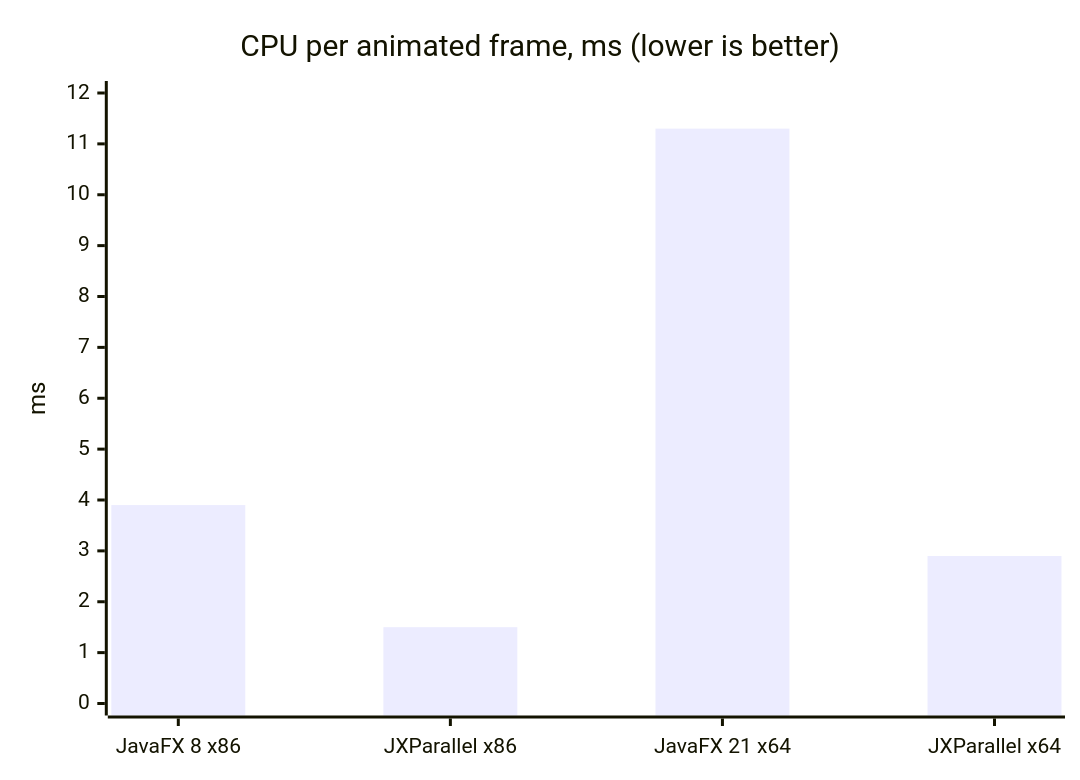
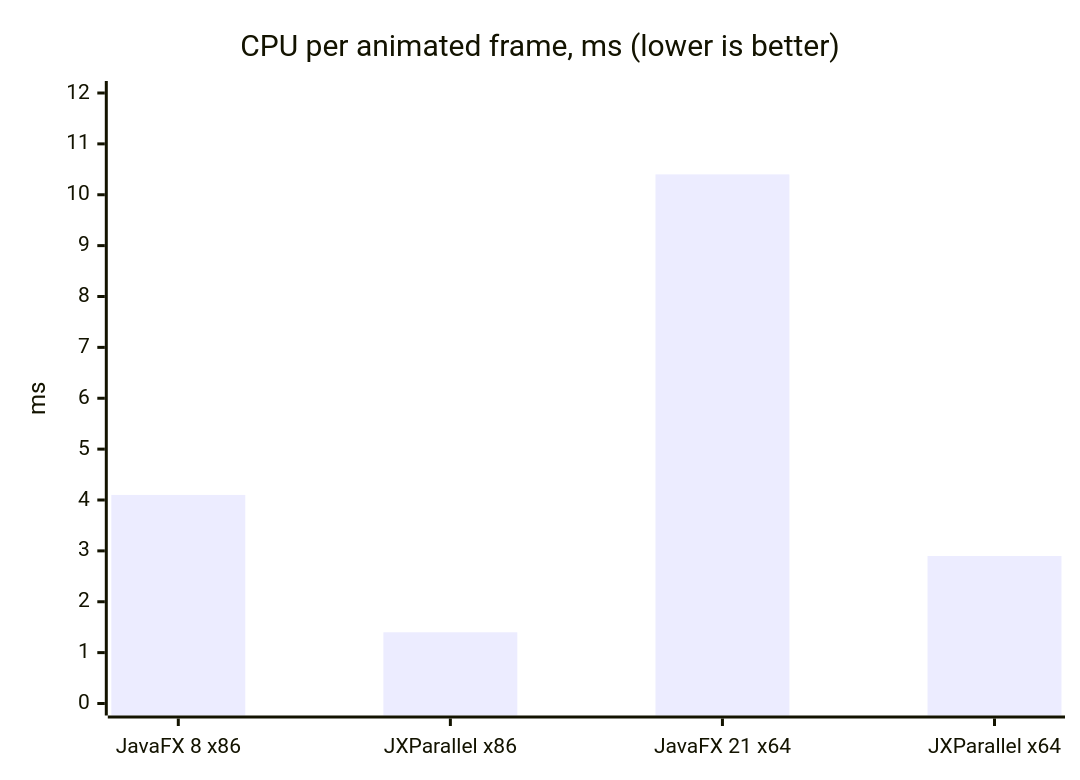
One commit to Bacuriim/JXParallel changed the fifth of 6 diagrams in README.md. Above: the diagram before and after it, drawn with Mermaid. The commit also changed other lines of this file and 25 other files, not shown here.

````diff
--- a/README.md
+++ b/README.md
@@ -366,7 +368,7 @@
 ```mermaid
 xychart-beta
     title "CPU per animated frame, ms (lower is better)"
     x-axis ["JavaFX 8 x86", "JXParallel x86", "JavaFX 21 x64", "JXParallel x64"]
     y-axis "ms" 0 --> 12
-    bar [3.9, 1.5, 11.3, 2.9]
+    bar [4.1, 1.4, 10.4, 2.9]
 ```
````
